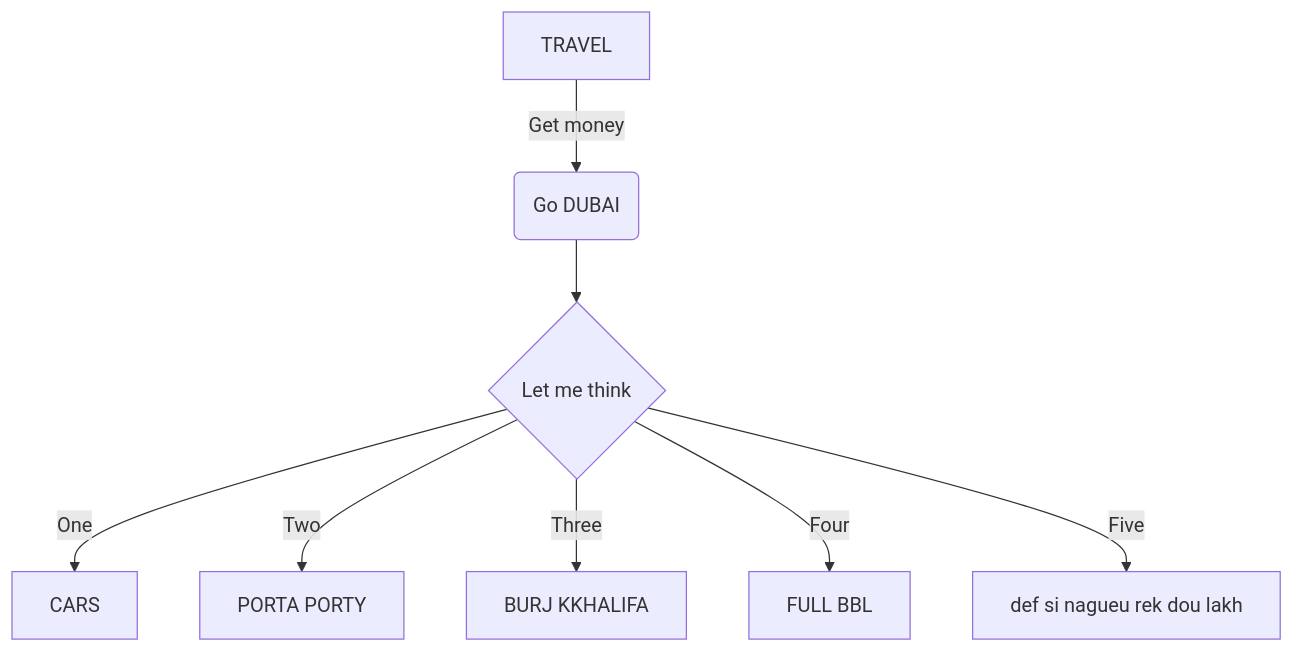
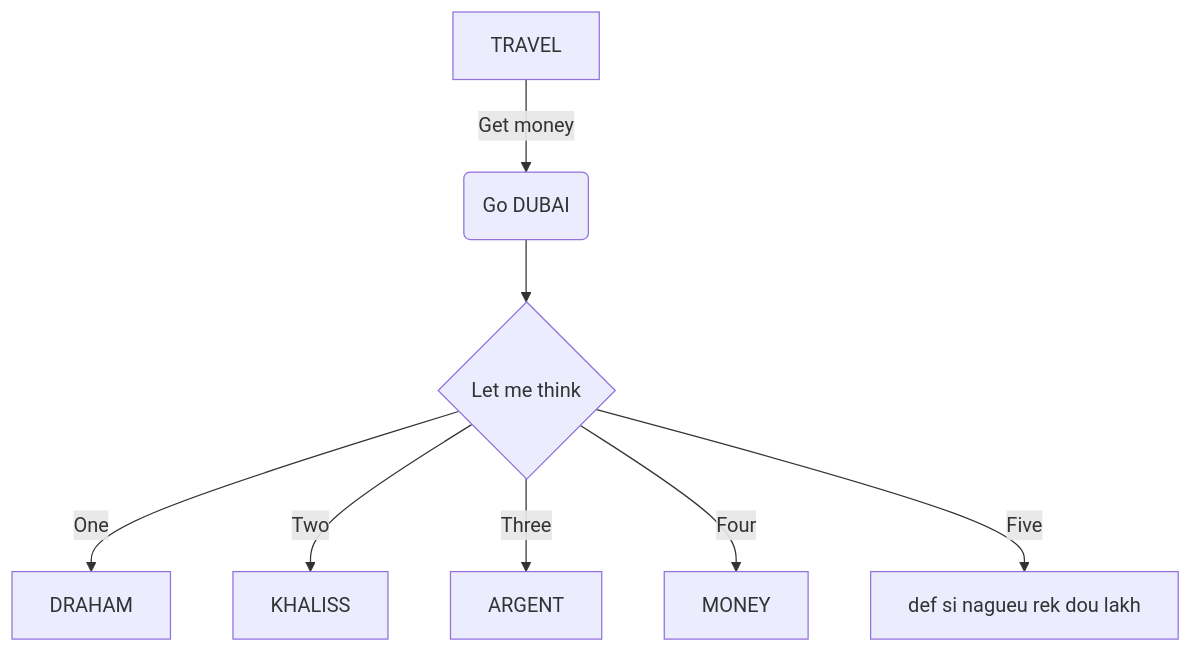
Before and after one commit to Mouha2016-575/Atelier-UML: the diagram in README.md, drawn with Mermaid.

````diff
--- a/README.md
+++ b/README.md
@@ -2,10 +2,10 @@
 ```mermaid
 flowchart TD
     A[TRAVEL] -->|Get money| B(Go DUBAI)
     B --> C{Let me think}
-    C -->|One| D[CARS]
-    C -->|Two| E[PORTA PORTY]
-    C -->|Three| F[BURJ KKHALIFA]
-    C -->|Four| G[FULL BBL]
+    C -->|One| D[DRAHAM]
+    C -->|Two| E[KHALISS]
+    C -->|Three| F[ARGENT]
+    C -->|Four| G[MONEY]
     C -->|Five| H[def si nagueu rek dou lakh]
 ```
````
